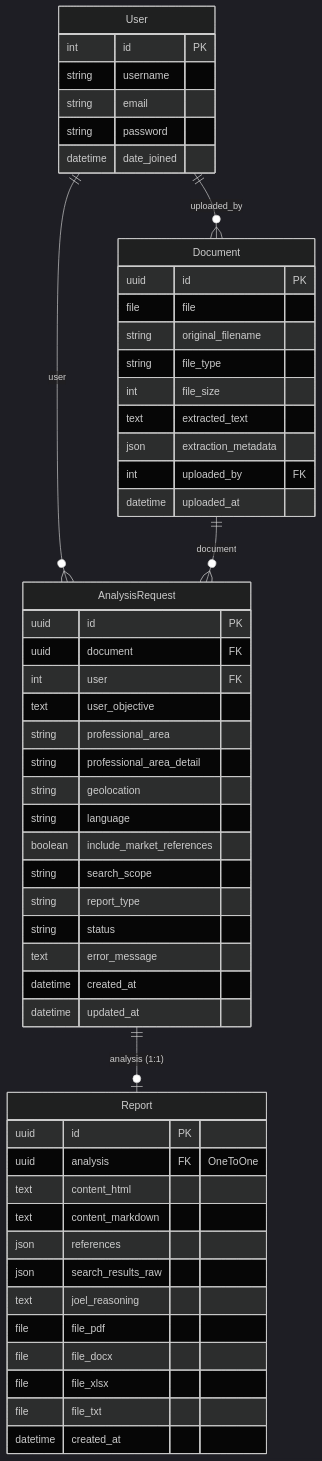
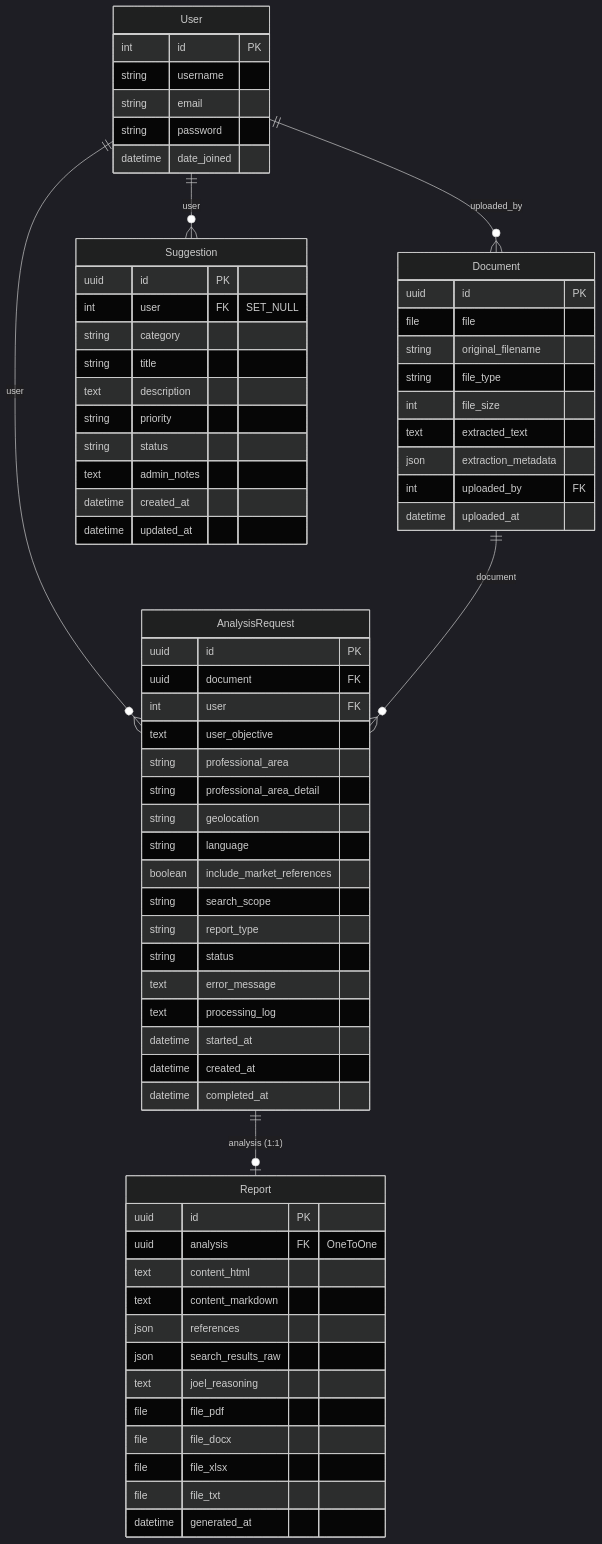
One commit to charliba/interpreter changed the first of 2 diagrams in docs/SCHEMA.md. Above: the diagram before and after it, drawn with Mermaid (dark theme). The commit also changed other lines of this file and 16 other files, not shown here.

````diff
--- a/docs/SCHEMA.md
+++ b/docs/SCHEMA.md
@@ -5,60 +5,76 @@
 ```mermaid
 erDiagram
     User ||--o{ Document : "uploaded_by"
     User ||--o{ AnalysisRequest : "user"
+    User ||--o{ Suggestion : "user"
     Document ||--o{ AnalysisRequest : "document"
     AnalysisRequest ||--o| Report : "analysis (1:1)"
 
     User {
         int id PK
         string username
         string email
         string password
         datetime date_joined
     }
 
     Document {
         uuid id PK
         file file
         string original_filename
         string file_type
         int file_size
         text extracted_text
         json extraction_metadata
         int uploaded_by FK
         datetime uploaded_at
     }
 
     AnalysisRequest {
         uuid id PK
         uuid document FK
         int user FK
         text user_objective
         string professional_area
         string professional_area_detail
         string geolocation
         string language
         boolean include_market_references
         string search_scope
         string report_type
         string status
         text error_message
+        text processing_log
+        datetime started_at
         datetime created_at
-        datetime updated_at
+        datetime completed_at
     }
 
     Report {
         uuid id PK
         uuid analysis FK "OneToOne"
         text content_html
         text content_markdown
         json references
         json search_results_raw
         text joel_reasoning
         file file_pdf
         file file_docx
         file file_xlsx
         file file_txt
+        datetime generated_at
+    }
+
+    Suggestion {
+        uuid id PK
+        int user FK "SET_NULL"
+        string category
+        string title
+        text description
+        string priority
+        string status
+        text admin_notes
         datetime created_at
+        datetime updated_at
     }
 ```
````
